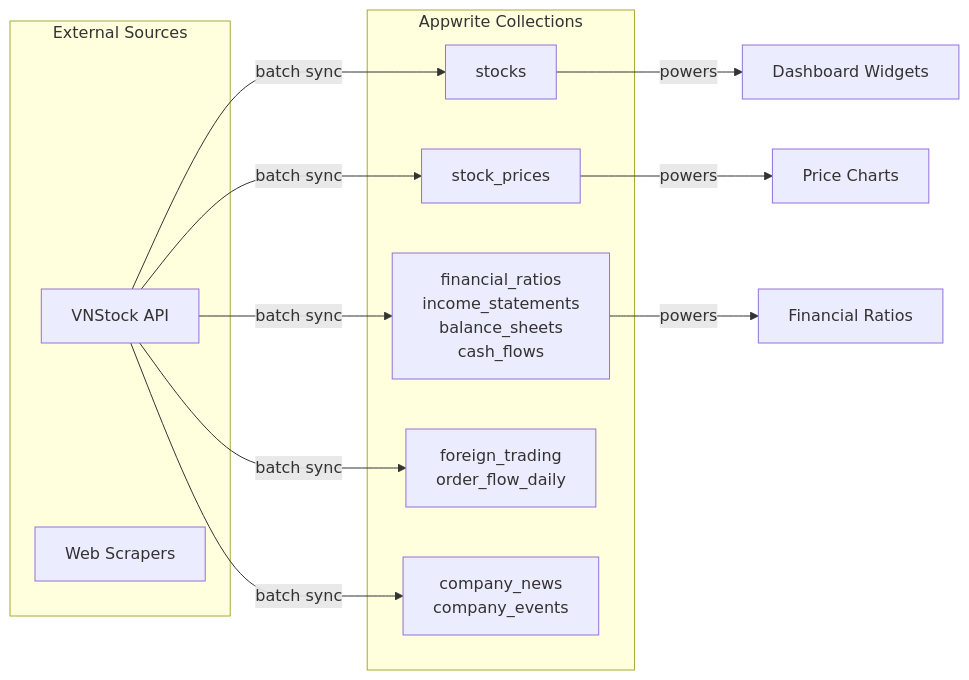
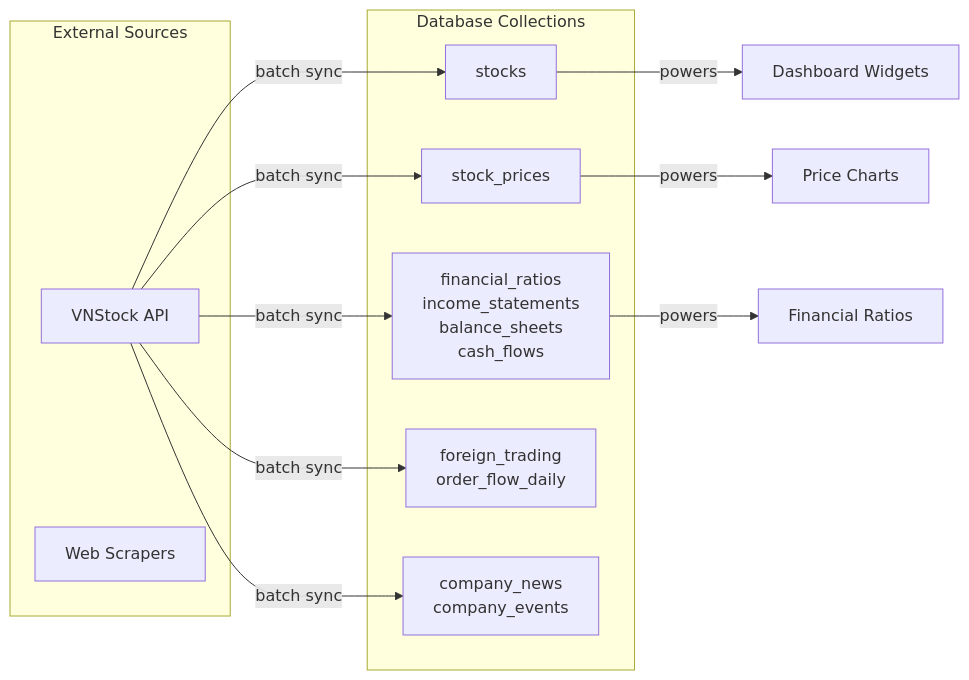
One commit to Kohnnn/vnibb changed the second of 2 diagrams in docs/DATABASE_SCHEMA.md. Above: the diagram before and after it, drawn with Mermaid. The commit also changed other lines of this file and 51 other files, not shown here.

````diff
--- a/docs/DATABASE_SCHEMA.md
+++ b/docs/DATABASE_SCHEMA.md
@@ -791,25 +790,25 @@
 ```mermaid
 flowchart LR
     subgraph External Sources
         VNStock[VNStock API]
         Scrapers[Web Scrapers]
     end
     
-    subgraph Appwrite Collections
+    subgraph Database Collections
         stocks[stocks]
         stock_prices[stock_prices]
         financials[financial_ratios<br/>income_statements<br/>balance_sheets<br/>cash_flows]
         market[foreign_trading<br/>order_flow_daily]
         news[company_news<br/>company_events]
     end
     
     VNStock -->|batch sync| stocks
     VNStock -->|batch sync| stock_prices
     VNStock -->|batch sync| financials
     VNStock -->|batch sync| market
     VNStock -->|batch sync| news
     
     stocks -->|powers| Widgets[Dashboard Widgets]
     stock_prices -->|powers| Charts[Price Charts]
     financials -->|powers| Ratios[Financial Ratios]
 ```
````
